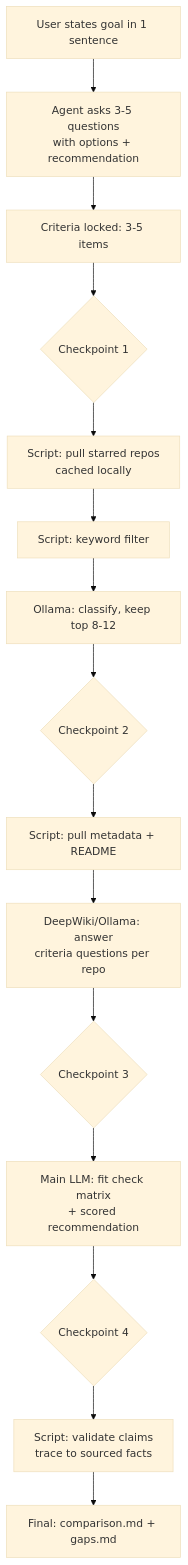
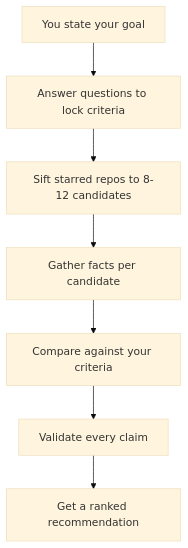
The diagram in README.md (MaksimZinovev/starlord), drawn with Mermaid (base theme) before and after one commit. The commit also changed other lines of this file and 10 other files, not shown here.

````diff
--- a/README.md
+++ b/README.md
@@ -23,17 +26,9 @@
 ```mermaid
 flowchart TD
-    G[User states goal in 1 sentence] --> Q[Agent asks 3-5 questions\nwith options + recommendation]
-    Q --> C[Criteria locked: 3-5 items]
-    C --> CP1{Checkpoint 1}
-    CP1 --> S[Script: pull starred repos\ncached locally]
-    S --> F[Script: keyword filter]
-    F --> O[Ollama: classify, keep top 8-12]
-    O --> CP2{Checkpoint 2}
-    CP2 --> M[Script: pull metadata + README]
-    M --> D[DeepWiki/Ollama: answer\ncriteria questions per repo]
-    D --> CP3{Checkpoint 3}
-    CP3 --> L[Main LLM: fit check matrix\n+ scored recommendation]
-    L --> CP4{Checkpoint 4}
-    CP4 --> V[Script: validate claims\ntrace to sourced facts]
-    V --> R[Final: comparison.md + gaps.md]
+    A[You state your goal] --> B[Answer questions to lock criteria]
+    B --> C[Sift starred repos to 8-12 candidates]
+    C --> D[Gather facts per candidate]
+    D --> E[Compare against your criteria]
+    E --> F[Validate every claim]
+    F --> G[Get a ranked recommendation]
 ```
````
